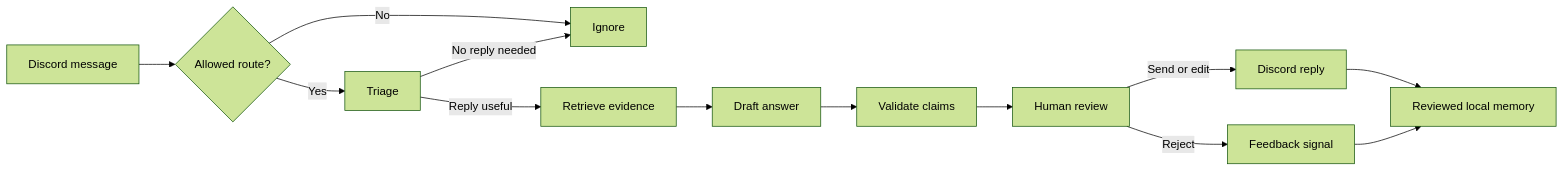
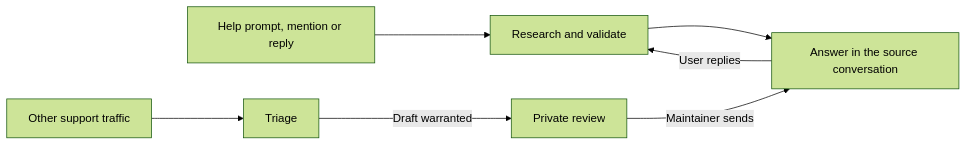
The diagram in README.md (ninjaclawd/stevesbot-public), drawn with Mermaid (forest theme) before and after one commit. The commit also changed other lines of this file and 16 other files, not shown here.

````diff
--- a/README.md
+++ b/README.md
@@ -40,15 +24,9 @@
 ```mermaid
 flowchart LR
-    A[Discord message] --> B{Allowed route?}
-    B -->|No| C[Ignore]
-    B -->|Yes| D[Triage]
-    D -->|Reply useful| E[Retrieve evidence]
-    D -->|No reply needed| C
-    E --> F[Draft answer]
-    F --> G[Validate claims]
-    G --> H[Human review]
-    H -->|Send or edit| I[Discord reply]
-    H -->|Reject| J[Feedback signal]
-    I --> K[Reviewed local memory]
-    J --> K
+    A[Help prompt, mention or reply] --> B[Research and validate]
+    B --> C[Answer in the source conversation]
+    C -->|User replies| B
+    D[Other support traffic] --> E[Triage]
+    E -->|Draft warranted| F[Private review]
+    F -->|Maintainer sends| C
 ```
````
